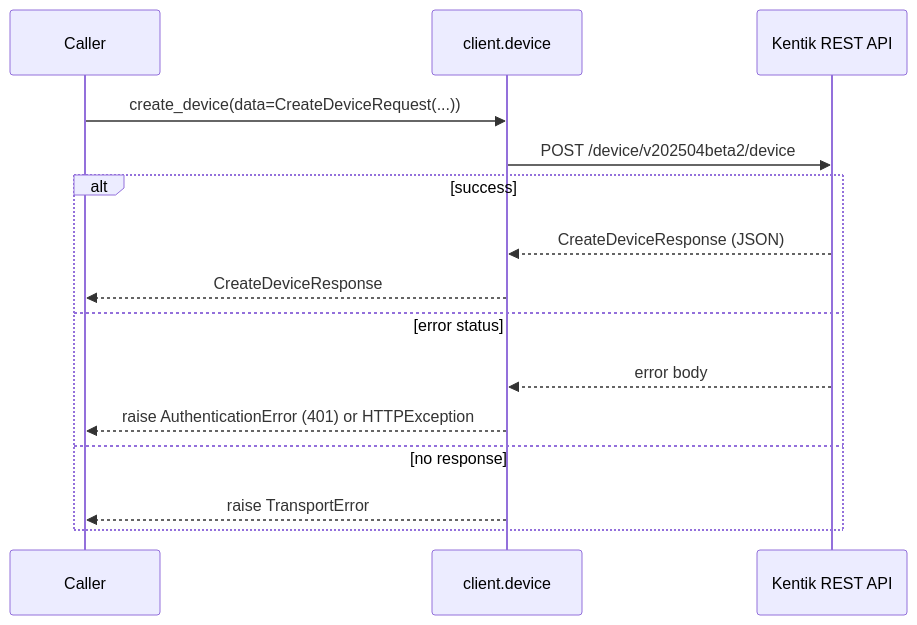
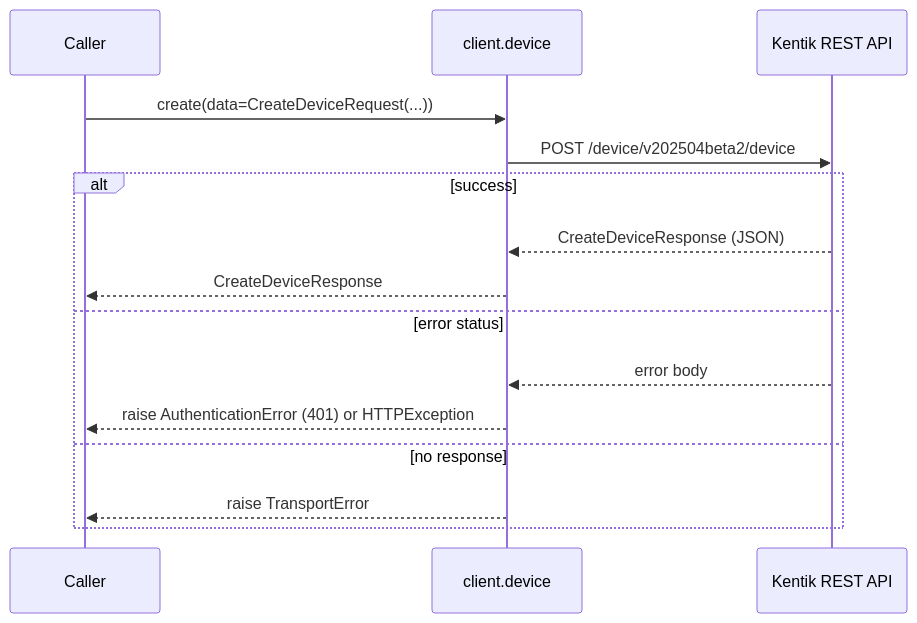
Before and after one commit to alexdearaujo/community_sdk_python: the fourth of 22 diagrams in docs/sphinx/services/device.md, drawn with Mermaid. The commit also changed other lines of this file and 119 other files, not shown here.

````diff
--- a/docs/sphinx/services/device.md
+++ b/docs/sphinx/services/device.md
@@ -113,18 +113,18 @@
 ```mermaid
 sequenceDiagram
     participant C as Caller
     participant W as client.device
     participant API as Kentik REST API
 
-    C->>W: create_device(data=CreateDeviceRequest(...))
+    C->>W: create(data=CreateDeviceRequest(...))
     W->>API: POST /device/v202504beta2/device
     alt success
         API-->>W: CreateDeviceResponse (JSON)
         W-->>C: CreateDeviceResponse
     else error status
         API-->>W: error body
         W-->>C: raise AuthenticationError (401) or HTTPException
     else no response
         W-->>C: raise TransportError
     end
 ```
````
